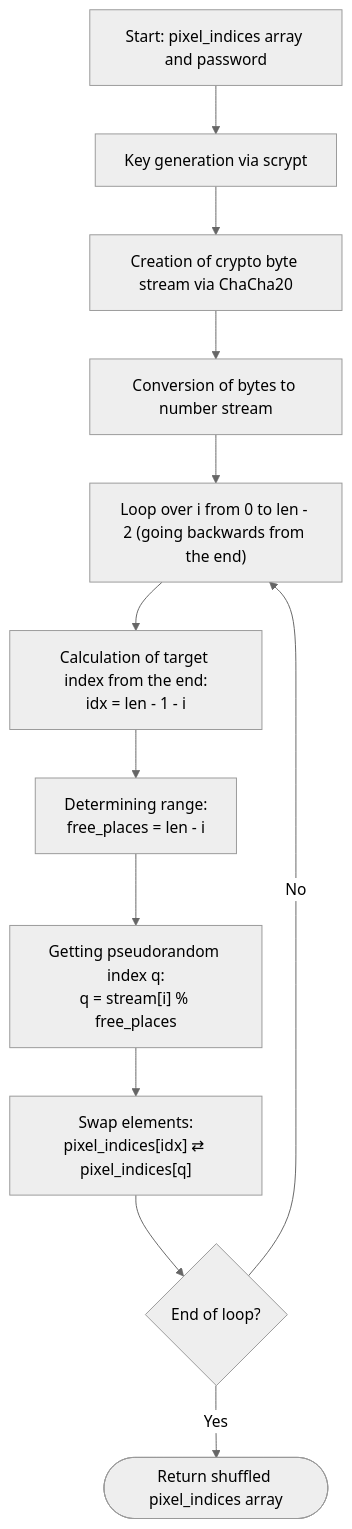
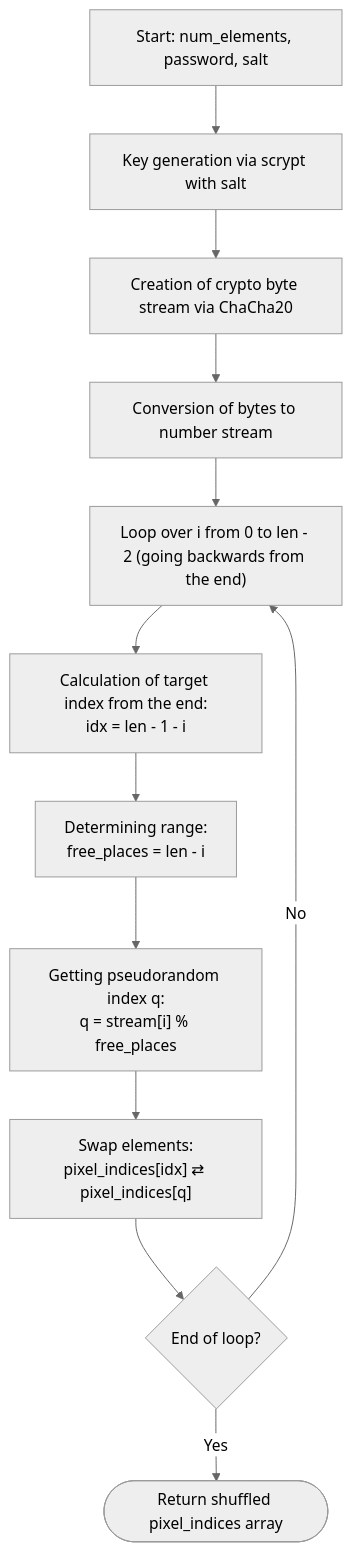
One commit to m000gg/camougg changed the second of 2 diagrams in docs/features/CSPRNGenerator-1.md. Above: the diagram before and after it, drawn with Mermaid (neutral theme). The commit also changed other lines of this file and 9 other files, not shown here.

````diff
--- a/docs/features/CSPRNGenerator-1.md
+++ b/docs/features/CSPRNGenerator-1.md
@@ -158,17 +209,17 @@
 ```mermaid
 graph TD
-    A[Start: pixel_indices array and password] --> B[Key generation via scrypt]
+    A[Start: num_elements, password, salt] --> B[Key generation via scrypt with salt]
     B --> C[Creation of crypto byte stream via ChaCha20]
     C --> D[Conversion of bytes to number stream]
     D --> E["Loop over i from 0 to len - 2 (going backwards from the end)"]
     
     E --> F["Calculation of target index from the end:<br>idx = len - 1 - i"]
     F --> G["Determining range:<br>free_places = len - i"]
     G --> H["Getting pseudorandom index q:<br>q = stream[i] % free_places"]
     
     H --> I["Swap elements:<br>pixel_indices[idx] ⇄ pixel_indices[q]"]
     
     I --> J{End of loop?}
     J -- No --> E
     J -- Yes --> K([Return shuffled pixel_indices array])
 ```
````
